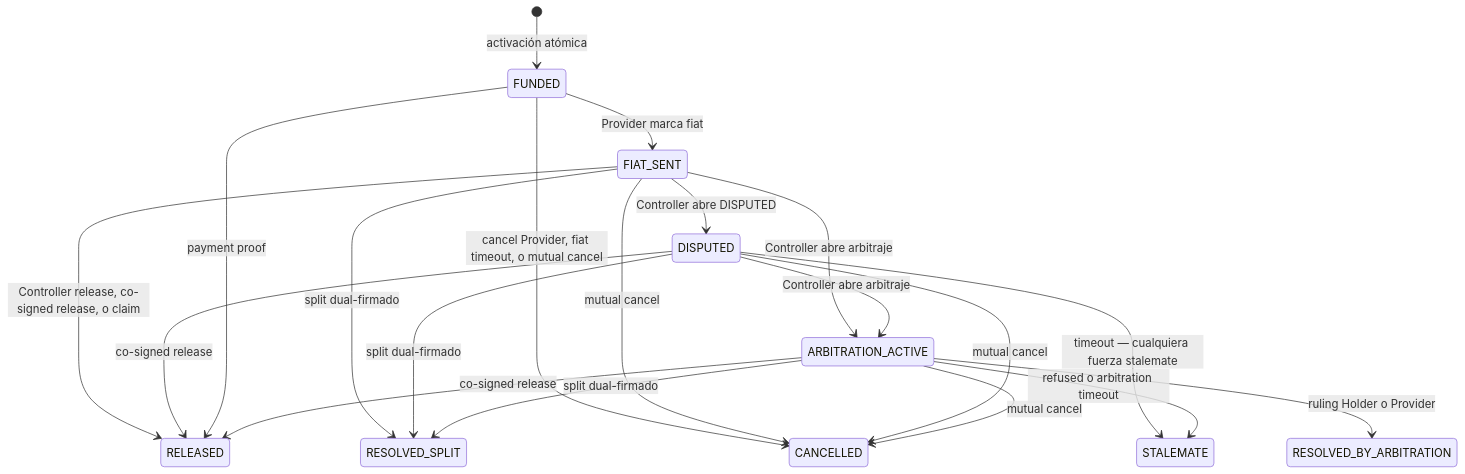
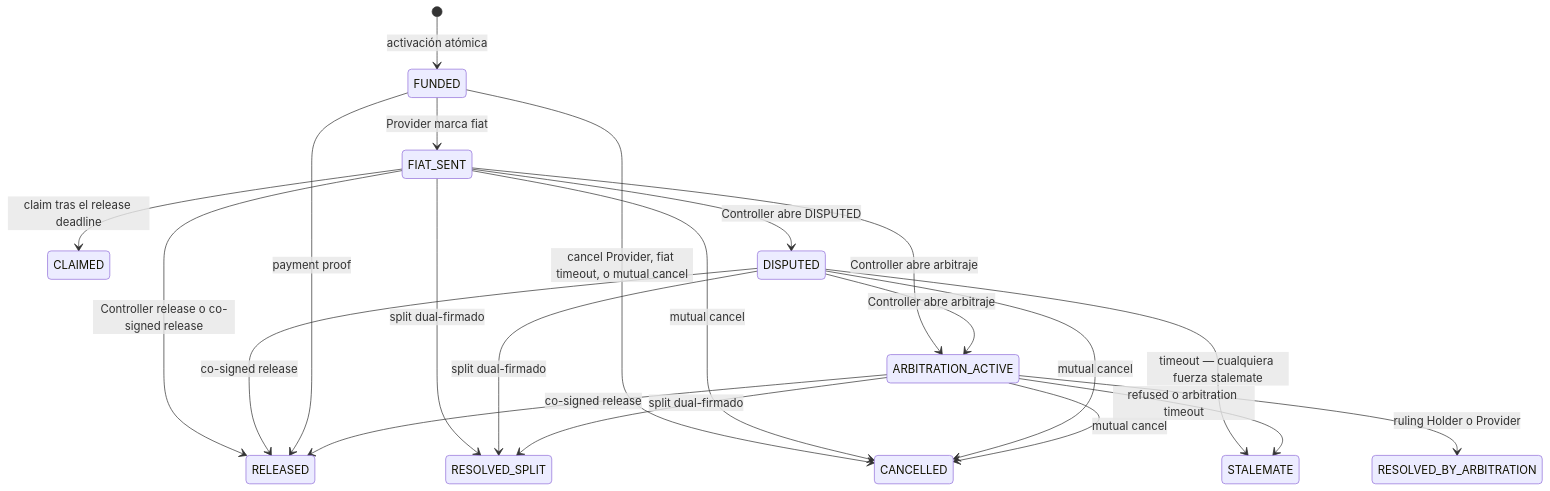
One commit to PluriSwap/pluriswap changed the first of 2 diagrams in STATE_MACHINE.md. Above: the diagram before and after it, drawn with Mermaid. The commit also changed other lines of this file and 30 other files, not shown here.

````diff
--- a/STATE_MACHINE.md
+++ b/STATE_MACHINE.md
@@ -218,22 +219,23 @@
 ```mermaid
 stateDiagram-v2
     [*] --> FUNDED: activación atómica
     FUNDED --> FIAT_SENT: Provider marca fiat
     FUNDED --> CANCELLED: cancel Provider, fiat timeout, o mutual cancel
-    FIAT_SENT --> RELEASED: Controller release, co-signed release, o claim
+    FIAT_SENT --> RELEASED: Controller release o co-signed release
+    FIAT_SENT --> CLAIMED: claim tras el release deadline
     FIAT_SENT --> RESOLVED_SPLIT: split dual-firmado
     FIAT_SENT --> CANCELLED: mutual cancel
     FIAT_SENT --> DISPUTED: Controller abre DISPUTED
     DISPUTED --> CANCELLED: mutual cancel
     DISPUTED --> RELEASED: co-signed release
     DISPUTED --> RESOLVED_SPLIT: split dual-firmado
     DISPUTED --> STALEMATE: timeout — cualquiera fuerza stalemate
     FUNDED --> RELEASED: payment proof
     FIAT_SENT --> ARBITRATION_ACTIVE: Controller abre arbitraje
     DISPUTED --> ARBITRATION_ACTIVE: Controller abre arbitraje
     ARBITRATION_ACTIVE --> RESOLVED_BY_ARBITRATION: ruling Holder o Provider
     ARBITRATION_ACTIVE --> STALEMATE: refused o arbitration timeout
     ARBITRATION_ACTIVE --> RELEASED: co-signed release
     ARBITRATION_ACTIVE --> RESOLVED_SPLIT: split dual-firmado
     ARBITRATION_ACTIVE --> CANCELLED: mutual cancel
 ```
````
